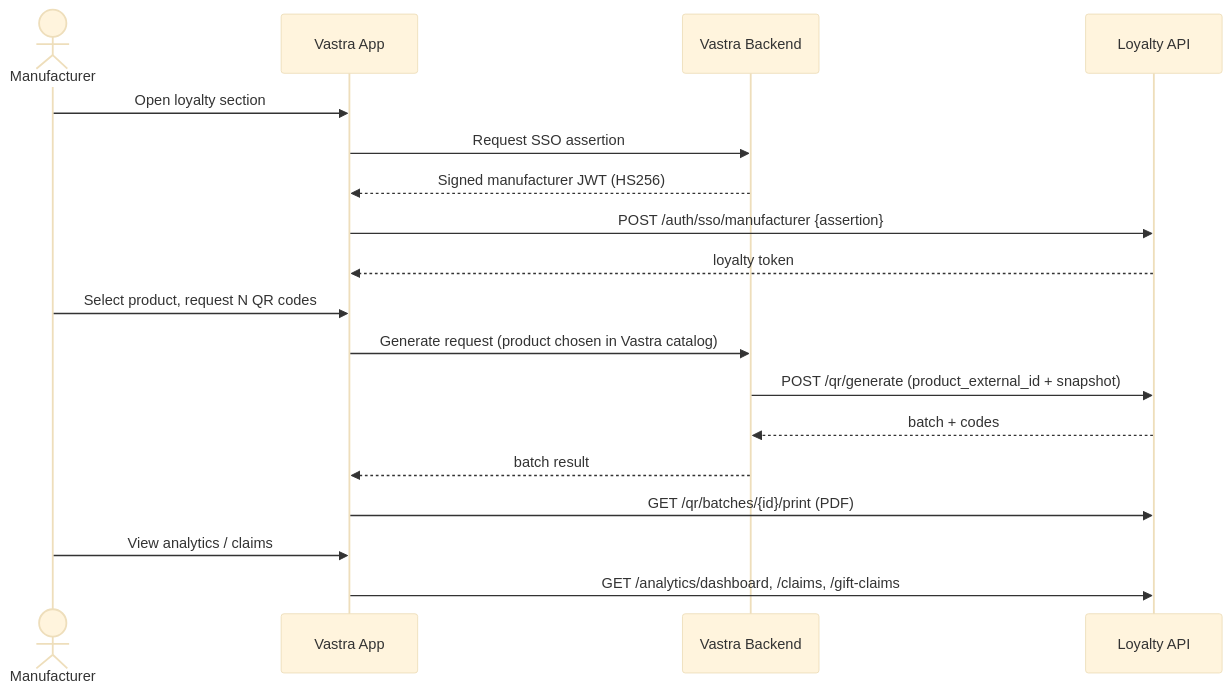
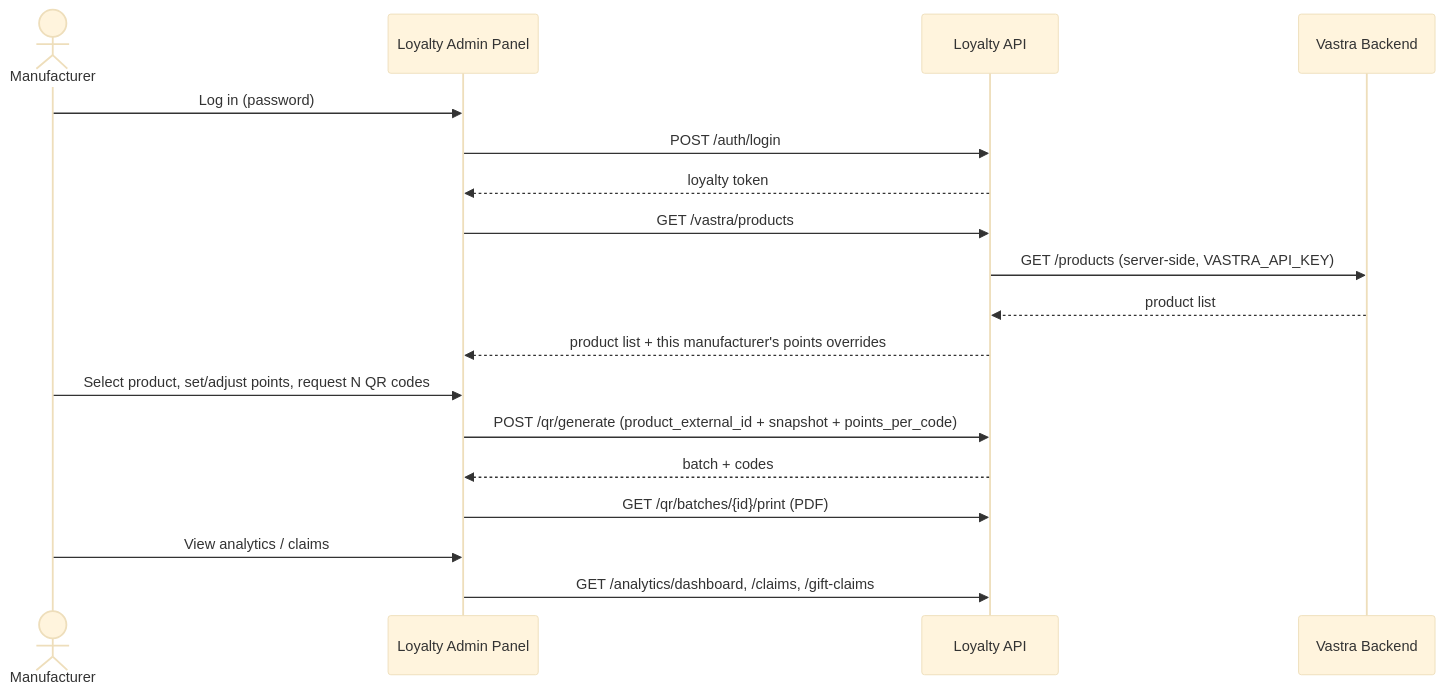
Before and after one commit to vasraj273/Vastra-Loyalty-Program: the second of 4 diagrams in docs/integration/SYSTEM_ARCHITECTURE.md, drawn with Mermaid (base theme). The commit also changed other lines of this file and 22 other files, not shown here.

Commit message:
Products points maintained by admin panel itself

````diff
--- a/docs/integration/SYSTEM_ARCHITECTURE.md
+++ b/docs/integration/SYSTEM_ARCHITECTURE.md
@@ -88,20 +96,20 @@
 ```mermaid
 sequenceDiagram
   actor M as Manufacturer
-  participant VA as Vastra App
+  participant P as Loyalty Admin Panel
+  participant L as Loyalty API
   participant VB as Vastra Backend
-  participant L as Loyalty API
-  M->>VA: Open loyalty section
-  VA->>VB: Request SSO assertion
-  VB-->>VA: Signed manufacturer JWT (HS256)
-  VA->>L: POST /auth/sso/manufacturer {assertion}
-  L-->>VA: loyalty token
-  M->>VA: Select product, request N QR codes
-  VA->>VB: Generate request (product chosen in Vastra catalog)
-  VB->>L: POST /qr/generate (product_external_id + snapshot)
-  L-->>VB: batch + codes
-  VB-->>VA: batch result
-  VA->>L: GET /qr/batches/{id}/print (PDF)
-  M->>VA: View analytics / claims
-  VA->>L: GET /analytics/dashboard, /claims, /gift-claims
+  M->>P: Log in (password)
+  P->>L: POST /auth/login
+  L-->>P: loyalty token
+  P->>L: GET /vastra/products
+  L->>VB: GET /products (server-side, VASTRA_API_KEY)
+  VB-->>L: product list
+  L-->>P: product list + this manufacturer's points overrides
+  M->>P: Select product, set/adjust points, request N QR codes
+  P->>L: POST /qr/generate (product_external_id + snapshot + points_per_code)
+  L-->>P: batch + codes
+  P->>L: GET /qr/batches/{id}/print (PDF)
+  M->>P: View analytics / claims
+  P->>L: GET /analytics/dashboard, /claims, /gift-claims
 ```
````
